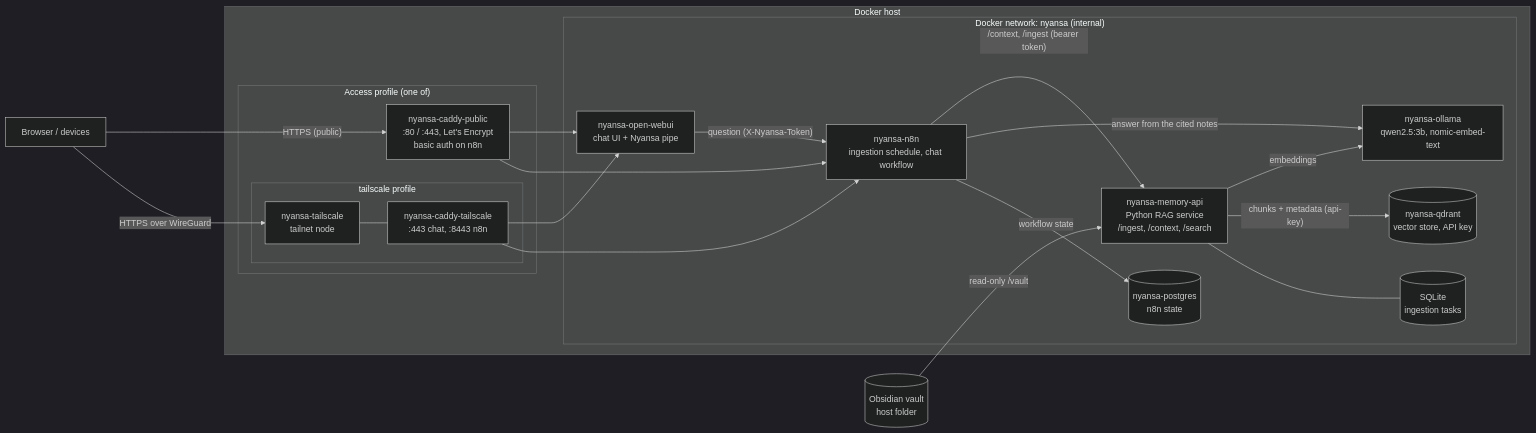
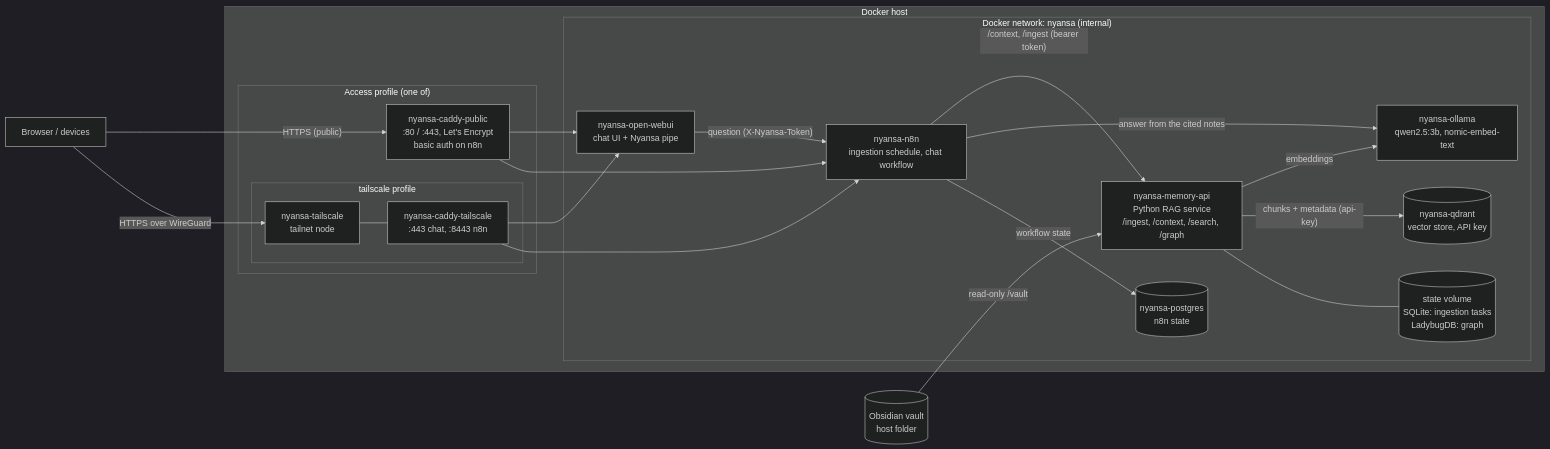
One commit to Geobatpo07/nyansa changed the first of 2 diagrams in README.md. Above: the diagram before and after it, drawn with Mermaid (dark theme). The commit also changed other lines of this file and 2 other files, not shown here.

First line of the commit message:
docs: describe the graph memory, its API and its lock

````diff
--- a/README.md
+++ b/README.md
@@ -46,41 +53,41 @@
 ```mermaid
 flowchart LR
     browser["Browser / devices"]
     vault[("Obsidian vault<br/>host folder")]
 
     subgraph host["Docker host"]
         subgraph edge["Access profile (one of)"]
             caddyPub["nyansa-caddy-public<br/>:80 / :443, Let's Encrypt<br/>basic auth on n8n"]
             subgraph ts["tailscale profile"]
                 tailscale["nyansa-tailscale<br/>tailnet node"]
                 caddyTs["nyansa-caddy-tailscale<br/>:443 chat, :8443 n8n"]
             end
         end
 
         subgraph net["Docker network: nyansa (internal)"]
             webui["nyansa-open-webui<br/>chat UI + Nyansa pipe"]
             n8n["nyansa-n8n<br/>ingestion schedule, chat workflow"]
             pg[("nyansa-postgres<br/>n8n state")]
             qdrant[("nyansa-qdrant<br/>vector store, API key")]
             ollama["nyansa-ollama<br/>qwen2.5:3b, nomic-embed-text"]
-            memory["nyansa-memory-api<br/>Python RAG service<br/>/ingest, /context, /search"]
-            state[("SQLite<br/>ingestion tasks")]
+            memory["nyansa-memory-api<br/>Python RAG service<br/>/ingest, /context, /search, /graph"]
+            state[("state volume<br/>SQLite: ingestion tasks<br/>LadybugDB: graph")]
         end
     end
 
     browser -- "HTTPS (public)" --> caddyPub
     browser -- "HTTPS over WireGuard" --> tailscale
     tailscale --- caddyTs
     caddyPub --> webui
     caddyPub --> n8n
     caddyTs --> webui
     caddyTs --> n8n
     webui -- "question (X-Nyansa-Token)" --> n8n
     n8n -- "/context, /ingest (bearer token)" --> memory
     n8n -- "answer from the cited notes" --> ollama
     n8n -- "workflow state" --> pg
     vault -- "read-only /vault" --> memory
     memory -- "embeddings" --> ollama
     memory -- "chunks + metadata (api-key)" --> qdrant
     memory --- state
 ```
````
